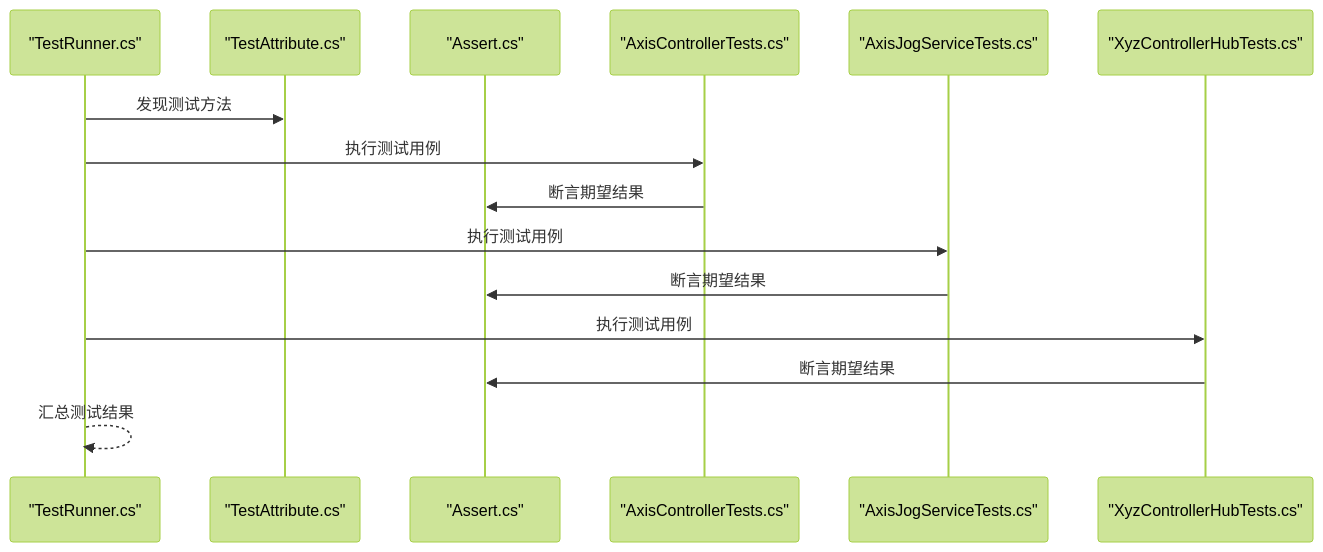
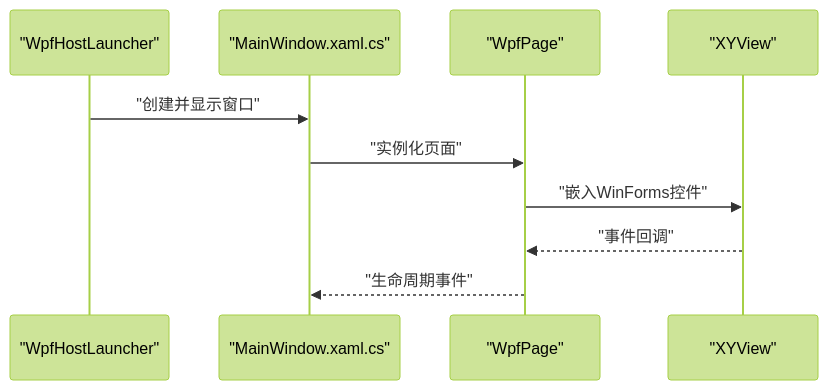
One commit to fuweiq94-cloud/3399180760 changed the seventh of 8 diagrams in .qoder/repowiki/zh/content/开发指南.md. Above: the diagram before and after it, drawn with Mermaid (forest theme). The commit also changed other lines of this file and 94 other files, not shown here.

First line of the commit message:
docs(api): 添加完整 XyzController API 接口文档

````diff
--- a/.qoder/repowiki/zh/content/开发指南.md
+++ b/.qoder/repowiki/zh/content/开发指南.md
@@ -291,17 +433,12 @@
 ```mermaid
 sequenceDiagram
-participant Runner as "TestRunner.cs"
-participant Attr as "TestAttribute.cs"
-participant Assert as "Assert.cs"
-participant T1 as "AxisControllerTests.cs"
-participant T2 as "AxisJogServiceTests.cs"
-participant T3 as "XyzControllerHubTests.cs"
-Runner->>Attr : 发现测试方法
-Runner->>T1 : 执行测试用例
-T1->>Assert : 断言期望结果
-Runner->>T2 : 执行测试用例
-T2->>Assert : 断言期望结果
-Runner->>T3 : 执行测试用例
-T3->>Assert : 断言期望结果
-Runner-->>Runner : 汇总测试结果
+participant Host as "WpfHostLauncher"
+participant Win as "MainWindow.xaml.cs"
+participant Page as "WpfPage"
+participant Ctrl as "XYView"
+Host->>Win : "创建并显示窗口"
+Win->>Page : "实例化页面"
+Page->>Ctrl : "嵌入WinForms控件"
+Ctrl-->>Page : "事件回调"
+Page-->>Win : "生命周期事件"
 ```
````
